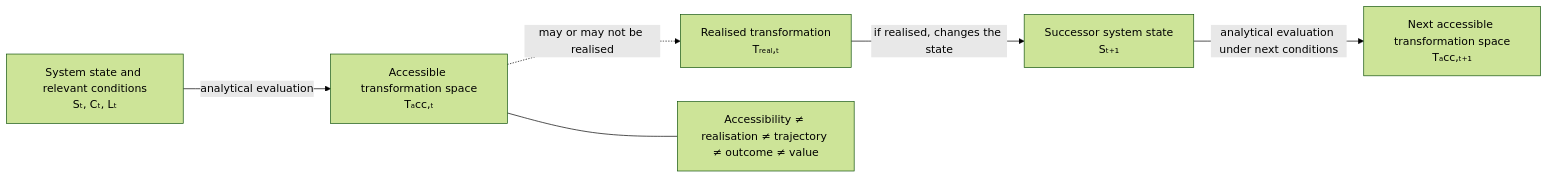
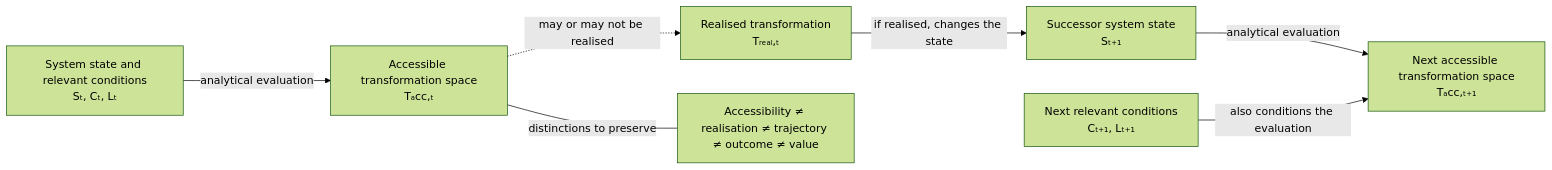
One commit to jcarmonabastida-pixel/TGCV changed the diagram in 05_ASSETS/TRANSFORMATIONAL_VALUE/assets/diagrams/TV-DIA-001/source/accessible-transformation-space-sequence.mmd. Above: the diagram before and after it, drawn with Mermaid (forest theme).

Commit message:
Refine TV-DIA-001 conceptual sequence and next conditions

```diff
--- a/05_ASSETS/TRANSFORMATIONAL_VALUE/assets/diagrams/TV-DIA-001/source/accessible-transformation-space-sequence.mmd
+++ b/05_ASSETS/TRANSFORMATIONAL_VALUE/assets/diagrams/TV-DIA-001/source/accessible-transformation-space-sequence.mmd
@@ -1,14 +1,16 @@
 flowchart LR
     A["System state and relevant conditions<br/>Sₜ, Cₜ, Lₜ"]
     B["Accessible transformation space<br/>Tₐcc,ₜ"]
     C["Realised transformation<br/>Tᵣₑₐₗ,ₜ"]
     D["Successor system state<br/>Sₜ₊₁"]
+    F["Next relevant conditions<br/>Cₜ₊₁, Lₜ₊₁"]
     E["Next accessible transformation space<br/>Tₐcc,ₜ₊₁"]
 
     A -->|"analytical evaluation"| B
     B -.->|"may or may not be realised"| C
     C -->|"if realised, changes the state"| D
-    D -->|"analytical evaluation under next conditions"| E
+    D -->|"analytical evaluation"| E
+    F -->|"also conditions the evaluation"| E
 
     N["Accessibility ≠ realisation ≠ trajectory ≠ outcome ≠ value"]
-    B --- N
+    B ---|"distinctions to preserve"| N
```
